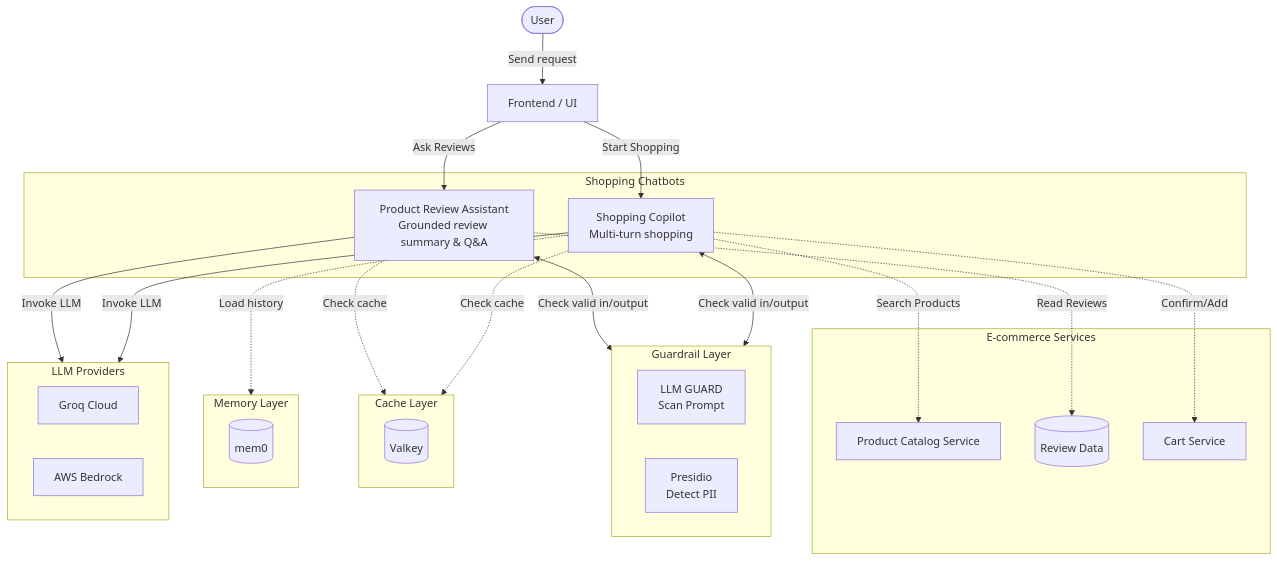
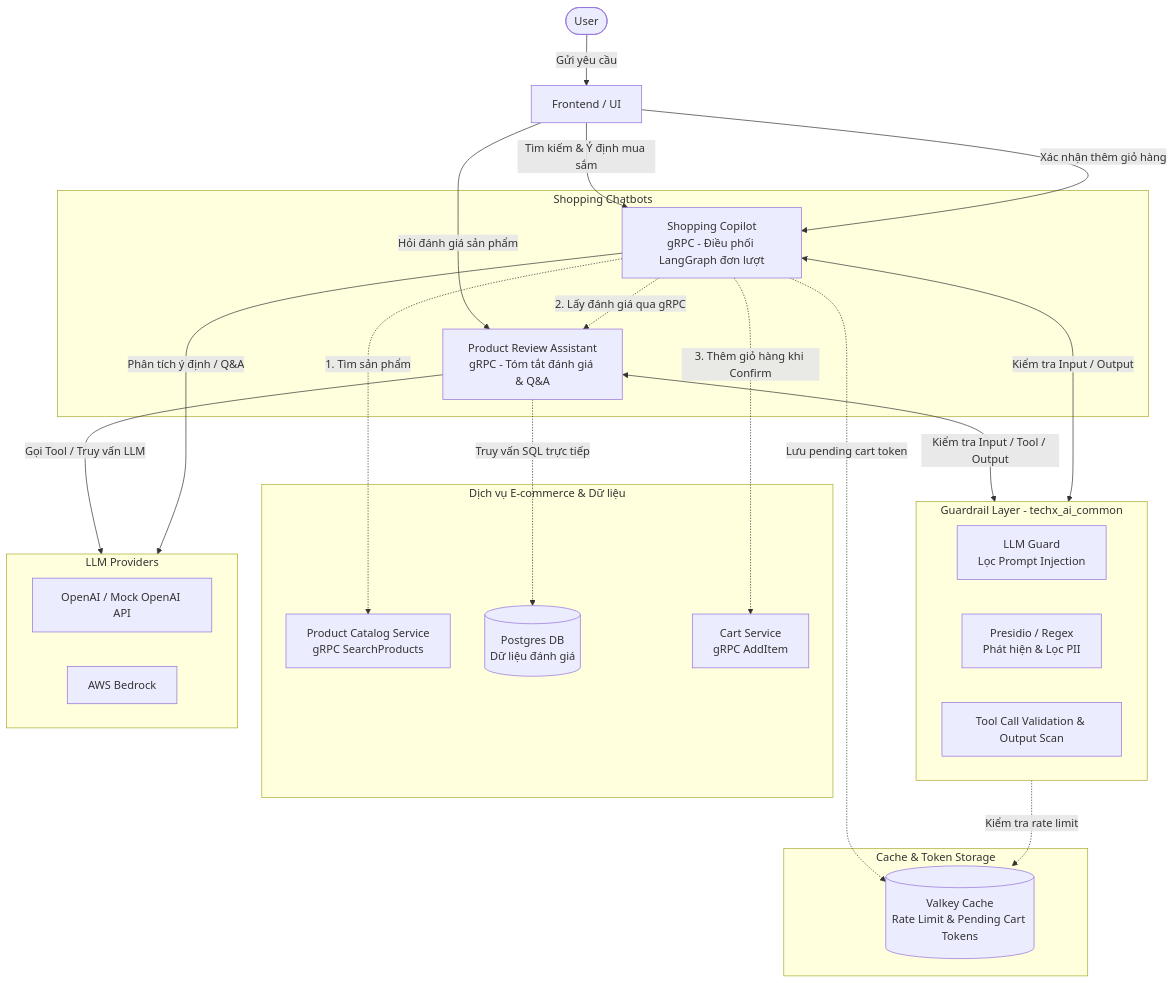
Before and after one commit to tf2-team/tf2-corp-platform: the diagram in docs/ai-engineering/ADR-AIE-06-ai-trust-safety.md, drawn with Mermaid. The commit also changed other lines of this file, not shown here.

````diff
--- a/docs/ai-engineering/ADR-AIE-06-ai-trust-safety.md
+++ b/docs/ai-engineering/ADR-AIE-06-ai-trust-safety.md
@@ -44,45 +46,48 @@
 ```mermaid
 flowchart TB
-    User([User]) -->|Send request| UI[Frontend / UI]
+    User([User]) -->|Gửi yêu cầu| UI[Frontend / UI]
 
     subgraph Chatbots [Shopping Chatbots]
-        PRA[Product Review Assistant<br/>Grounded review summary & Q&A]
-        SC[Shopping Copilot<br/>Multi-turn shopping]
+        PRA[Product Review Assistant<br/>gRPC - Tóm tắt đánh giá & Q&A]
+        SC[Shopping Copilot<br/>gRPC - Điều phối LangGraph đơn lượt]
     end
 
-    UI -->|Ask Reviews| PRA
-    UI -->|Start Shopping| SC
+    UI -->|Hỏi đánh giá sản phẩm| PRA
+    UI -->|Tìm kiếm & Ý định mua sắm| SC
+    UI -->|Xác nhận thêm giỏ hàng| SC
 
-    subgraph Ecom [E-commerce Services]
-        Catalog[Product Catalog Service]
-        Reviews[(Review Data)]
-        Cart[Cart Service]
+    subgraph Ecom [Dịch vụ E-commerce & Dữ liệu]
+        Catalog[Product Catalog Service<br/>gRPC SearchProducts]
+        Reviews[(Postgres DB<br/>Dữ liệu đánh giá)]
+        Cart[Cart Service<br/>gRPC AddItem]
     end
 
-    subgraph Guardrail [Guardrail Layer]
-        LLMGuard[LLM GUARD<br/>Scan Prompt]
-        Presidio[Presidio<br/>Detect PII]
+    subgraph Guardrail [Guardrail Layer - techx_ai_common]
+        LLMGuard[LLM Guard<br/>Lọc Prompt Injection]
+        Presidio[Presidio / Regex<br/>Phát hiện & Lọc PII]
+        ToolCheck[Tool Call Validation & Output Scan]
     end
 
-    subgraph Cache [Cache Layer]
-        Valkey[(Valkey)]
-    end
-
-    subgraph Memory [Memory Layer]
-        Mem0[(mem0)]
+    subgraph Cache [Cache & Token Storage]
+        Valkey[(Valkey Cache<br/>Rate Limit & Pending Cart Tokens)]
     end
 
     subgraph LLM [LLM Providers]
-        Groq[Groq Cloud]
+        OpenAI[OpenAI / Mock OpenAI API]
         Bedrock[AWS Bedrock]
     end
 
-    PRA & SC <-->|Check valid in/output| Guardrail
-    PRA & SC -.->|Check cache| Cache
-    SC -.->|Load history| Memory
-    PRA & SC -->|Invoke LLM| LLM
+    PRA <-->|Kiểm tra Input / Tool / Output| Guardrail
+    SC <-->|Kiểm tra Input / Output| Guardrail
 
-    SC -.->|Search Products| Catalog
-    PRA -.->|Read Reviews| Reviews
-    SC -.->|Confirm/Add| Cart
+    Guardrail -.->|Kiểm tra rate limit| Valkey
+    SC -.->|Lưu pending cart token| Valkey
+
+    PRA -->|Gọi Tool / Truy vấn LLM| LLM
+    SC -->|Phân tích ý định / Q&A| LLM
+
+    PRA -.->|Truy vấn SQL trực tiếp| Reviews
+    SC -.->|1. Tìm sản phẩm| Catalog
+    SC -.->|2. Lấy đánh giá qua gRPC| PRA
+    SC -.->|3. Thêm giỏ hàng khi Confirm| Cart
 ```
````
